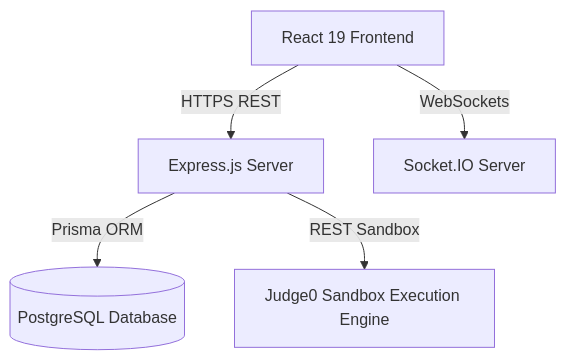
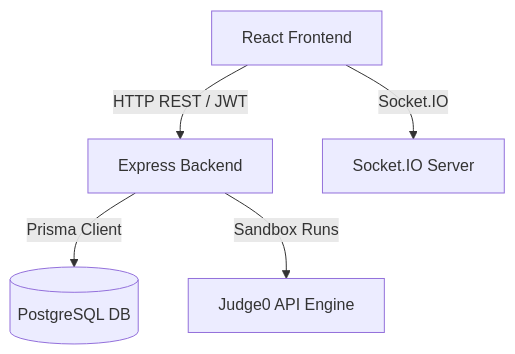
The first of 2 diagrams in DEVELOPER_GUIDE.md (thehonoredone672/cm), drawn with Mermaid before and after one commit. The commit also changed other lines of this file and 37 other files, not shown here.

````diff
--- a/DEVELOPER_GUIDE.md
+++ b/DEVELOPER_GUIDE.md
@@ -12,7 +17,7 @@
 ```mermaid
 graph TD;
-    Client[React 19 Frontend] -->|HTTPS REST| Express[Express.js Server]
-    Client -->|WebSockets| SocketServer[Socket.IO Server]
-    Express -->|Prisma ORM| DB[(PostgreSQL Database)]
-    Express -->|REST Sandbox| Judge0[Judge0 Sandbox Execution Engine]
+    Client[React Frontend] -->|HTTP REST / JWT| Express[Express Backend]
+    Client -->|Socket.IO| SocketServer[Socket.IO Server]
+    Express -->|Prisma Client| PG[(PostgreSQL DB)]
+    Express -->|Sandbox Runs| Judge0[Judge0 API Engine]
 ```
````
